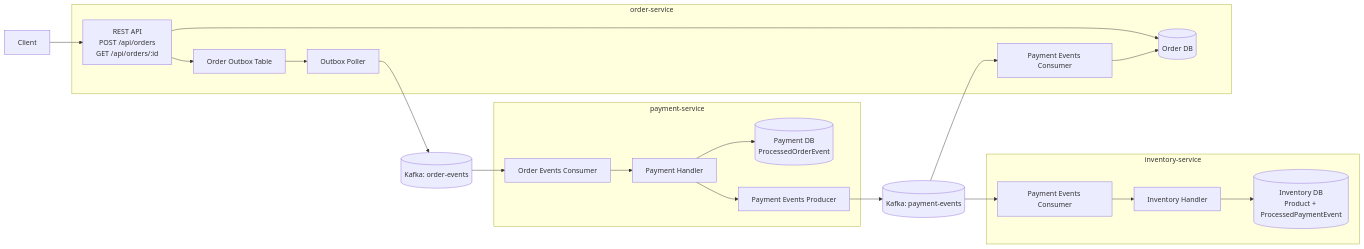
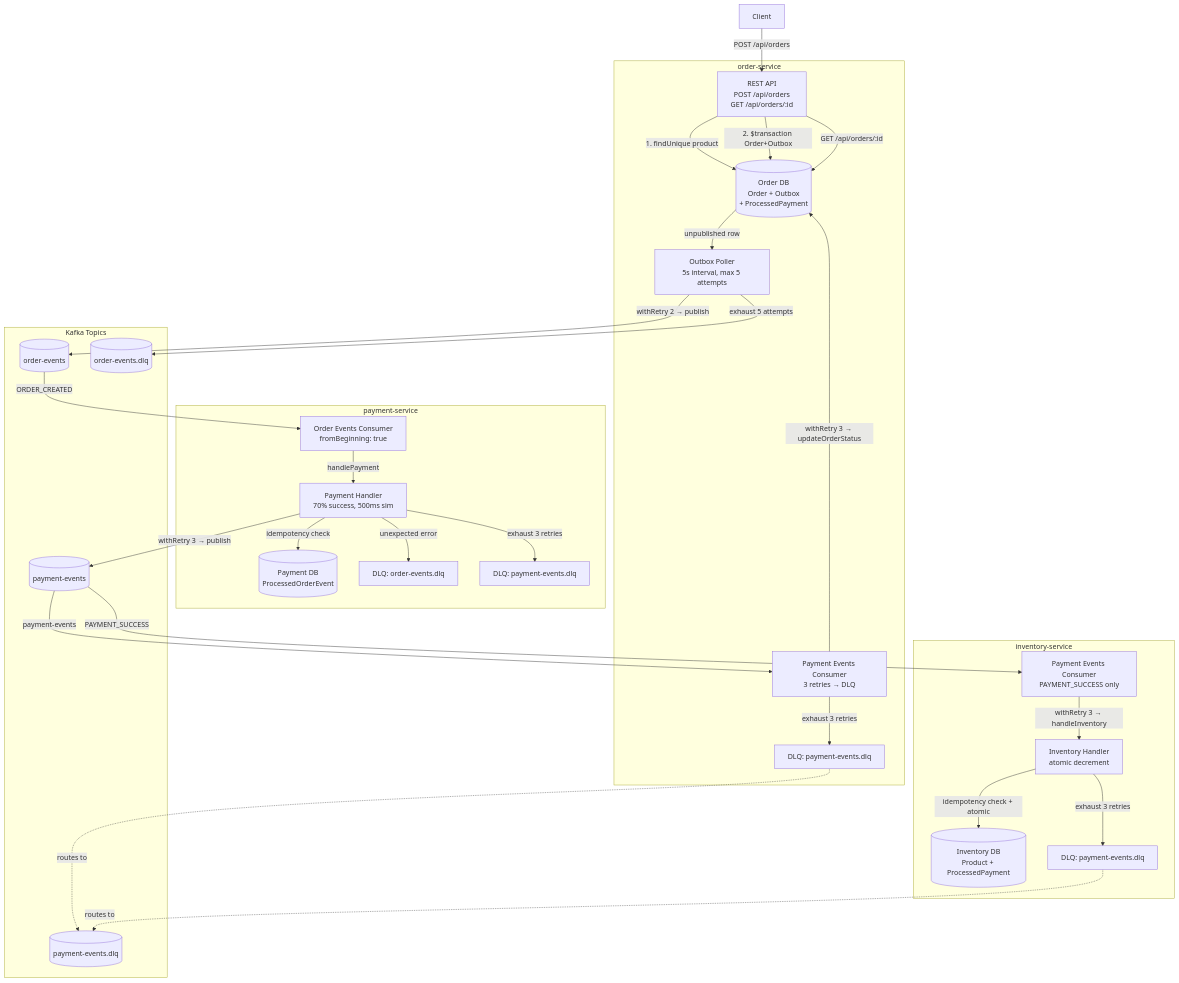
The diagram in README.md (sanidhyapant98/Distributed-Order-Processing-System), drawn with Mermaid before and after one commit. The commit also changed other lines of this file and 3 other files, not shown here.

Commit message:
- Created dlq-smoke-test.sh script to validate DLQ functionality by injecting poison messages and checking DLQ contents.

````diff
--- a/README.md
+++ b/README.md
@@ -36,47 +37,62 @@
 ```mermaid
-flowchart LR
+flowchart TB
     C[Client]
 
     subgraph O[order-service]
       API[REST API\nPOST /api/orders\nGET /api/orders/:id]
-      ODB[(Order DB)]
-      OUTBOX[Order Outbox Table]
-      OP[Outbox Poller]
-      OC[Payment Events Consumer]
+      ODB[(Order DB\nOrder + Outbox\n+ ProcessedPayment)]
+      OP[Outbox Poller\n5s interval, max 5 attempts]
+      OC[Payment Events Consumer\n3 retries → DLQ]
+      ODLQ[DLQ: payment-events.dlq]
     end
 
     subgraph P[payment-service]
-      PC[Order Events Consumer]
-      PH[Payment Handler]
+      PC[Order Events Consumer\nfromBeginning: true]
+      PH[Payment Handler\n70% success, 500ms sim]
       PDB[(Payment DB\nProcessedOrderEvent)]
-      PP[Payment Events Producer]
+      PDLQ1[DLQ: order-events.dlq]
+      PDLQ2[DLQ: payment-events.dlq]
     end
 
     subgraph I[inventory-service]
-      IC[Payment Events Consumer]
-      IH[Inventory Handler]
-      IDB[(Inventory DB\nProduct + ProcessedPaymentEvent)]
+      IC[Payment Events Consumer\nPAYMENT_SUCCESS only]
+      IH[Inventory Handler\natomic decrement]
+      IDB[(Inventory DB\nProduct + ProcessedPayment)]
+      IDLQ[DLQ: payment-events.dlq]
     end
 
-    K1[(Kafka: order-events)]
-    K2[(Kafka: payment-events)]
+    subgraph K[Kafka Topics]
+      K1[(order-events)]
+      K2[(payment-events)]
+      K1DLQ[(order-events.dlq)]
+      K2DLQ[(payment-events.dlq)]
+    end
 
-    C --> API
-    API --> ODB
-    API --> OUTBOX
-    OUTBOX --> OP
-    OP --> K1
+    C -->|POST /api/orders| API
+    API -->|1. findUnique product| ODB
+    API -->|2. $transaction Order+Outbox| ODB
+    ODB -->|unpublished row| OP
+    OP -->|withRetry 2 → publish| K1
+    OP -->|exhaust 5 attempts| K1DLQ
 
-    K1 --> PC
-    PC --> PH
-    PH --> PDB
-    PH --> PP
-    PP --> K2
+    K1 -->|ORDER_CREATED| PC
+    PC -->|handlePayment| PH
+    PH -->|idempotency check| PDB
+    PH -->|withRetry 3 → publish| K2
+    PH -->|exhaust 3 retries| PDLQ2
+    PH -->|unexpected error| PDLQ1
 
-    K2 --> OC
-    OC --> ODB
+    K2 -->|payment-events| OC
+    K2 -->|PAYMENT_SUCCESS| IC
 
-    K2 --> IC
-    IC --> IH
-    IH --> IDB
+    OC -->|withRetry 3 → updateOrderStatus| ODB
+    OC -->|exhaust 3 retries| ODLQ
+    ODLQ -.->|routes to| K2DLQ
+
+    IC -->|withRetry 3 → handleInventory| IH
+    IH -->|idempotency check + atomic| IDB
+    IH -->|exhaust 3 retries| IDLQ
+    IDLQ -.->|routes to| K2DLQ
+
+    API -->|GET /api/orders/:id| ODB
 ```
````
